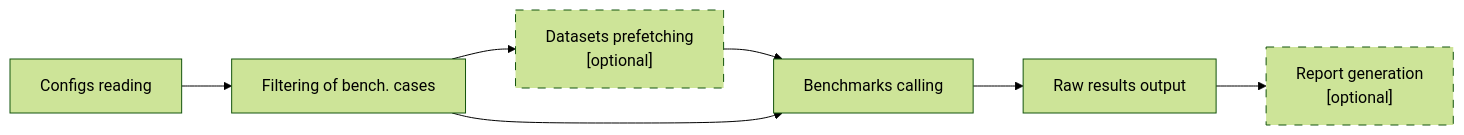
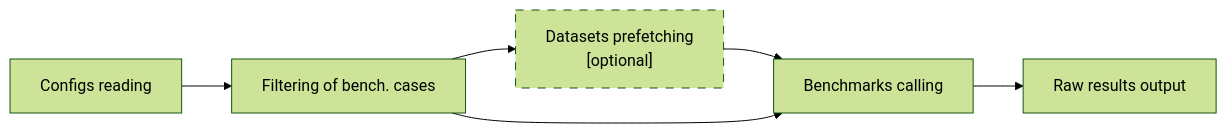
One commit to cakedev0/scikit-learn_bench changed the diagram in sklbench/runner/README.md. Above: the diagram before and after it, drawn with Mermaid (forest theme). The commit also changed other lines of this file and 17 other files, not shown here.

````diff
--- a/sklbench/runner/README.md
+++ b/sklbench/runner/README.md
@@ -22,14 +21,12 @@
 ```mermaid
 flowchart LR
     A["Configs reading"] --> B
     B["Filtering of bench. cases"] --> P
     P["Datasets prefetching\n[optional]"] --> C
     B --> C
     C["Benchmarks calling"] --> D
-    D["Raw results output"] --> E
-    E["Report generation\n[optional]"]
+    D["Raw results output"]
 
     classDef optional stroke-dasharray: 8 8
     class P optional
-    class E optional
 ```
````
